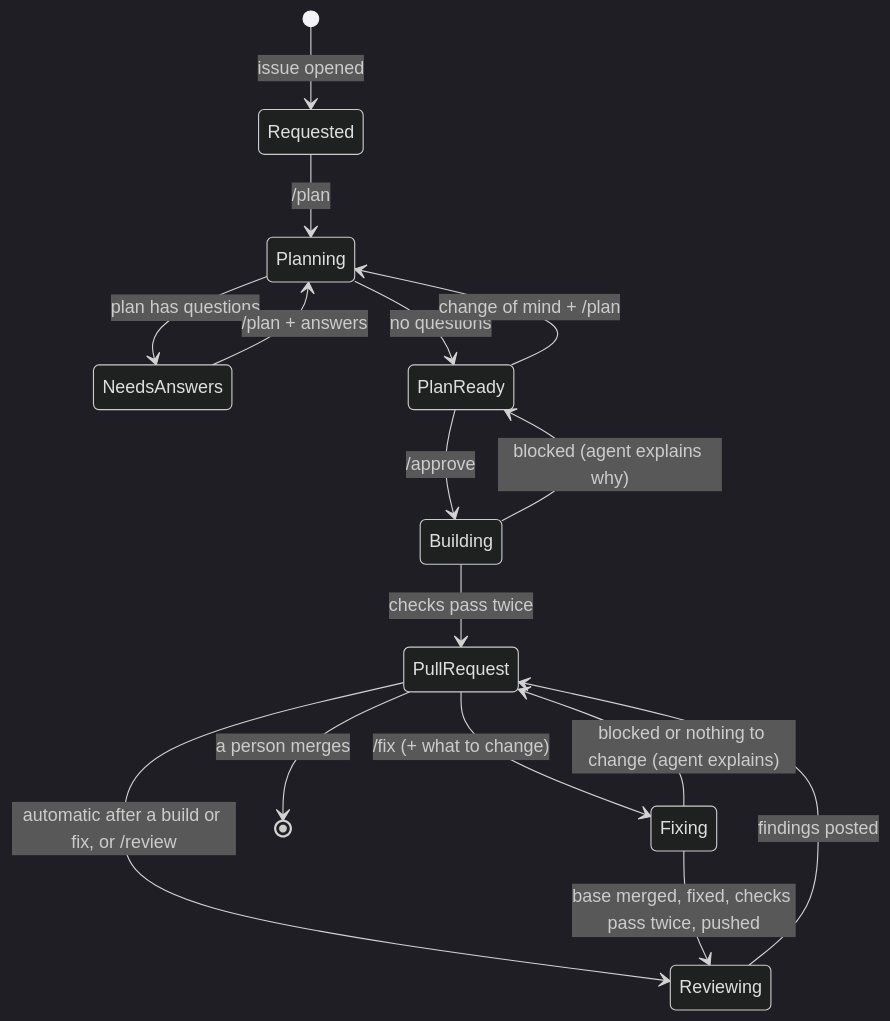
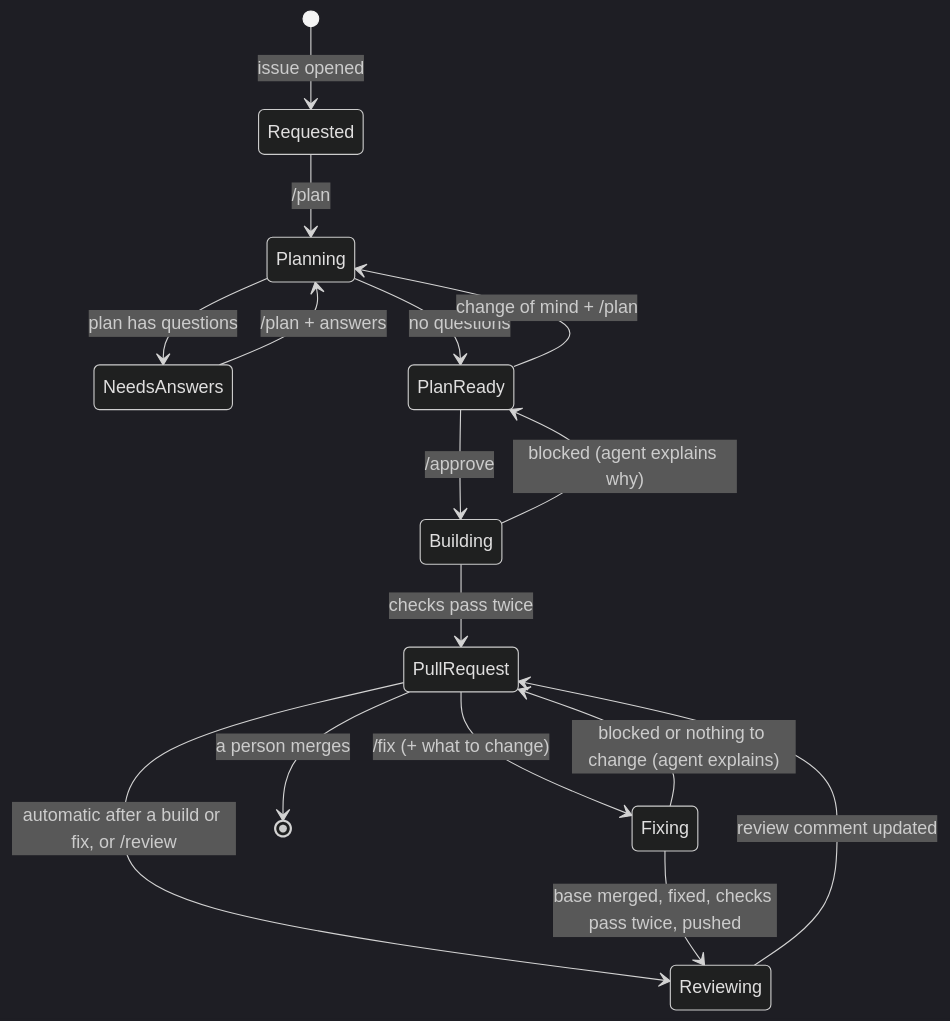
Before and after one commit to jmcfadden27/claude-code-dev-pipeline: the first of 3 diagrams in docs/architecture.md, drawn with Mermaid (dark theme). The commit also changed other lines of this file and 39 other files, not shown here.

````diff
--- a/docs/architecture.md
+++ b/docs/architecture.md
@@ -68,18 +47,18 @@
 ```mermaid
 stateDiagram-v2
     [*] --> Requested: issue opened
     Requested --> Planning: /plan
     Planning --> NeedsAnswers: plan has questions
     NeedsAnswers --> Planning: /plan + answers
     Planning --> PlanReady: no questions
     PlanReady --> Planning: change of mind + /plan
     Building --> PlanReady: blocked (agent explains why)
     PlanReady --> Building: /approve
     Building --> PullRequest: checks pass twice
     PullRequest --> Reviewing: automatic after a build or fix, or /review
-    Reviewing --> PullRequest: findings posted
+    Reviewing --> PullRequest: review comment updated
     PullRequest --> Fixing: /fix (+ what to change)
     Fixing --> Reviewing: base merged, fixed, checks pass twice, pushed
     Fixing --> PullRequest: blocked or nothing to change (agent explains)
     PullRequest --> [*]: a person merges
 ```
````
